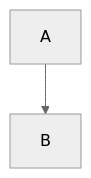
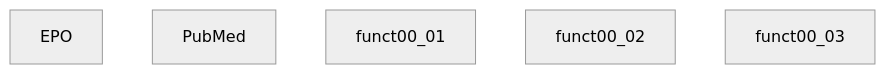
One commit to klauslippert/patent_publication_links changed the diagram in README.md. Above: the diagram before and after it, drawn with Mermaid (neutral theme).

````diff
--- a/README.md
+++ b/README.md
@@ -138,4 +138,10 @@
 ```mermaid
     graph TB
-    A --> B
+    EPO
+    PubMed
+    
+    
+    funct00_01
+    funct00_02
+    funct00_03
 ```
````
